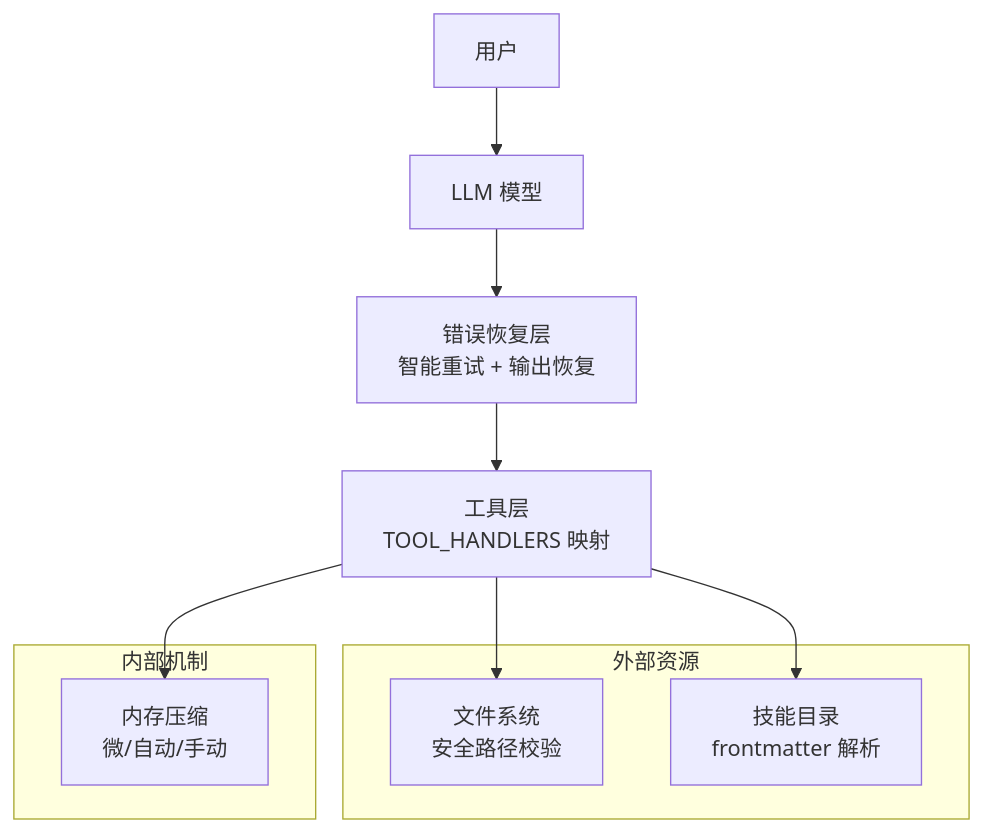
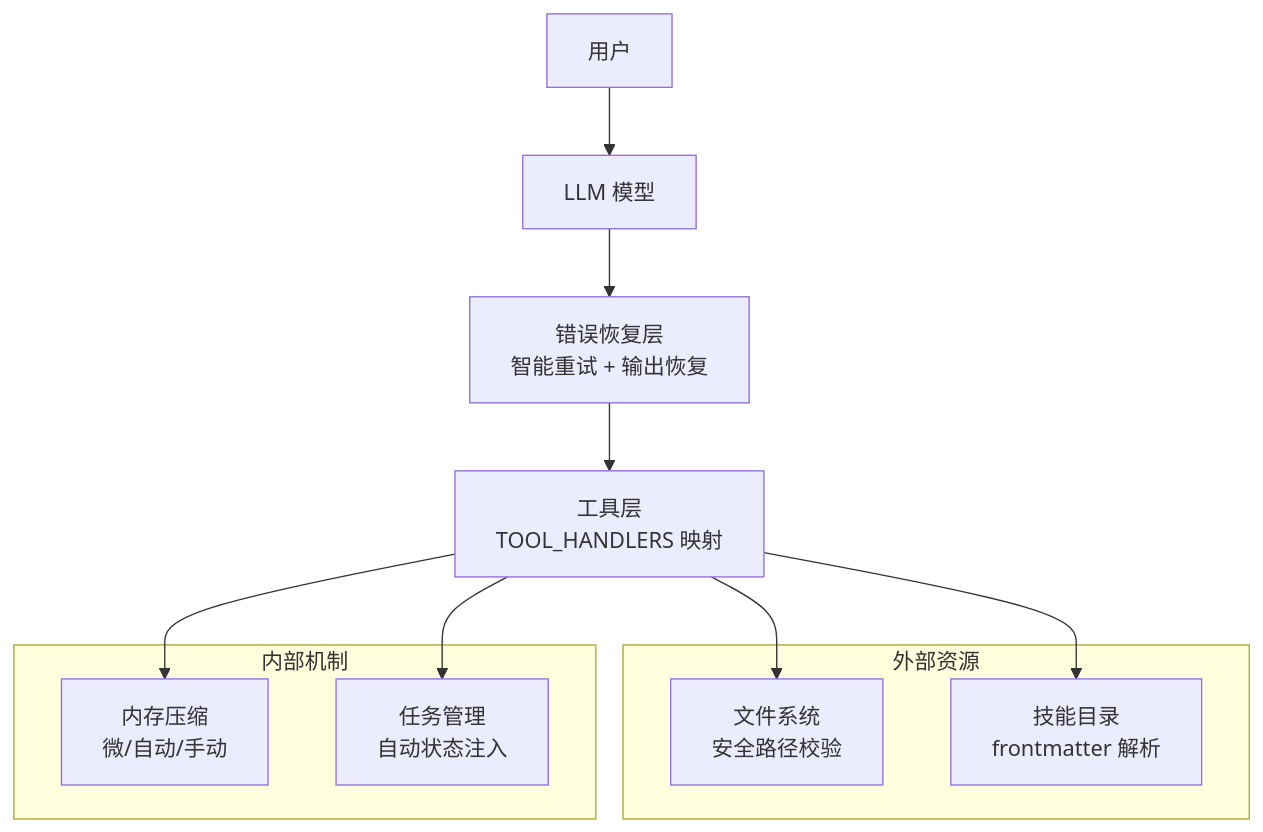
One commit to eurekaYYzero/Mini-Claude-Code changed the second of 12 diagrams in .qoder/repowiki/zh/content/核心功能详解/核心功能详解.md. Above: the diagram before and after it, drawn with Mermaid. The commit also changed other lines of this file and 5 other files, not shown here.

````diff
--- a/.qoder/repowiki/zh/content/核心功能详解/核心功能详解.md
+++ b/.qoder/repowiki/zh/content/核心功能详解/核心功能详解.md
@@ -118,16 +127,18 @@
 ```mermaid
 graph TB
 User["用户"] --> LLM["LLM 模型"]
 LLM --> Recovery["错误恢复层<br/>智能重试 + 输出恢复"]
 Recovery --> Tools["工具层<br/>TOOL_HANDLERS 映射"]
 Tools --> FS["文件系统<br/>安全路径校验"]
 Tools --> Skills["技能目录<br/>frontmatter 解析"]
 Tools --> Memory["内存压缩<br/>微/自动/手动"]
+Tools --> Task["任务管理<br/>自动状态注入"]
 subgraph "外部资源"
 FS
 Skills
 end
 subgraph "内部机制"
 Memory
+Task
 end
 ```
````
